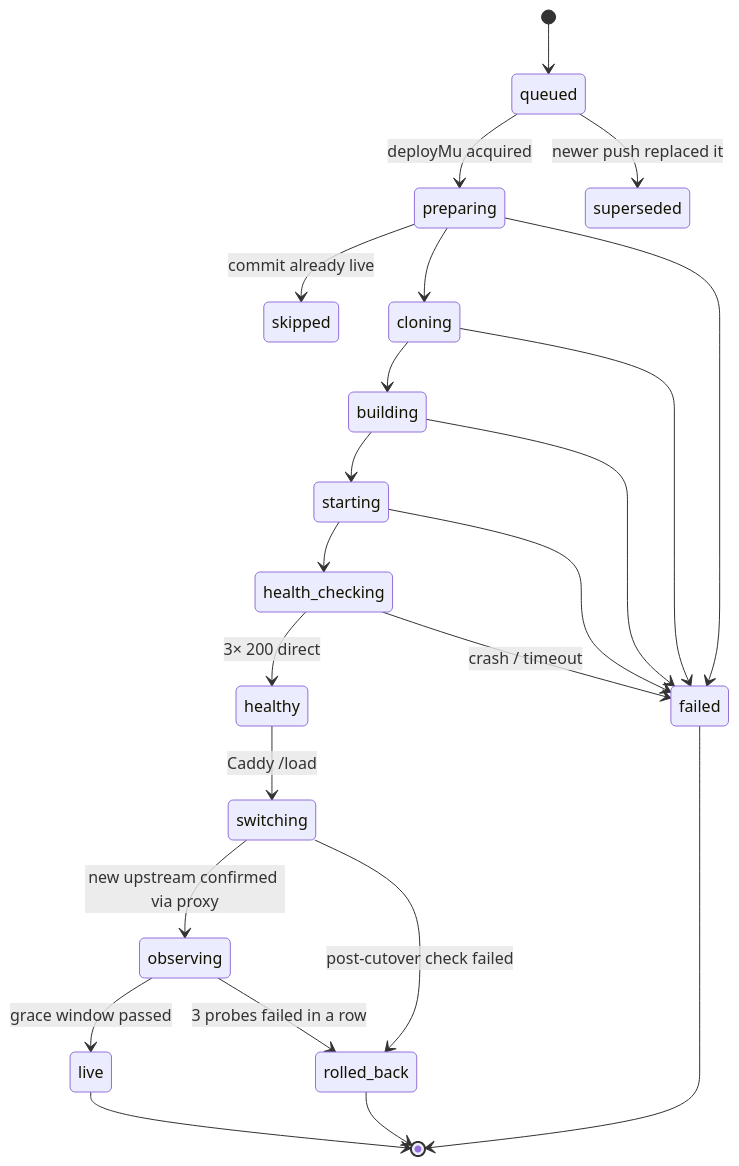
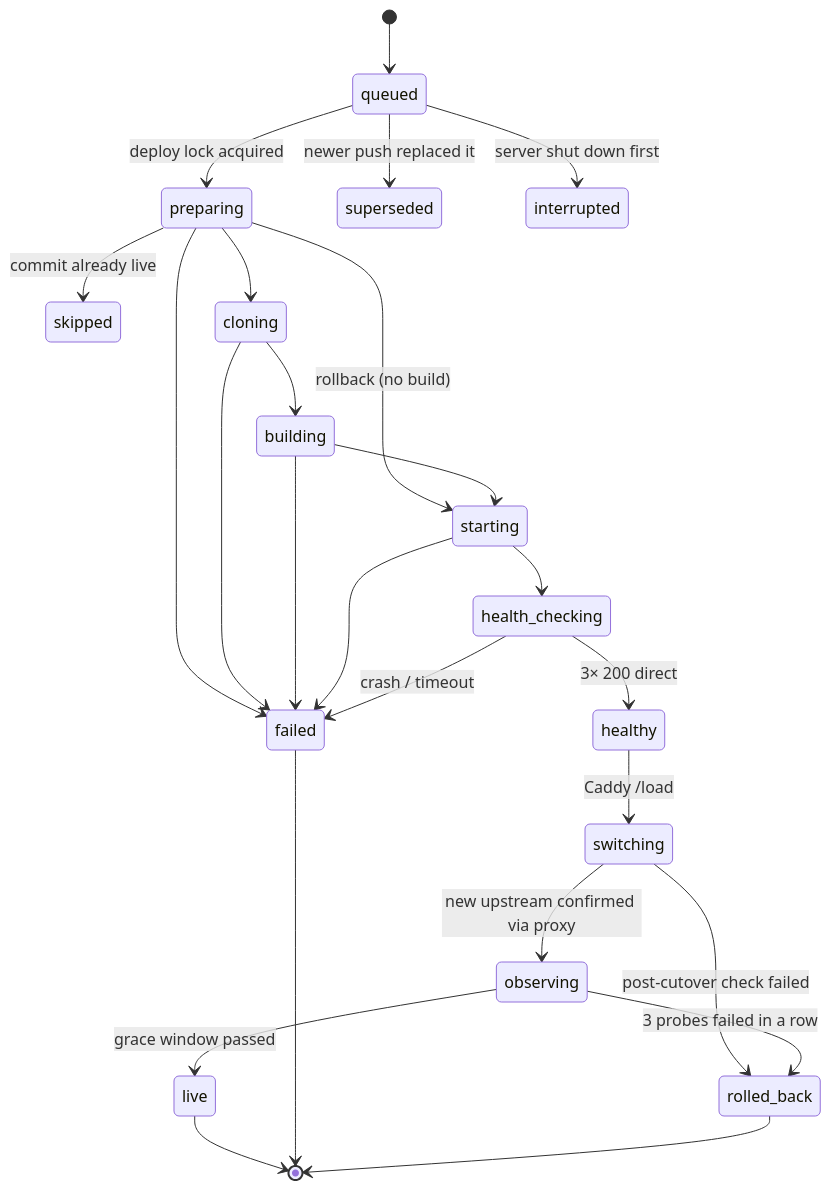
The fourth of 5 diagrams in README.md (mildlybrutal/sling-orchestrator), drawn with Mermaid before and after one commit. The commit also changed other lines of this file and 13 other files, not shown here.

Commit message:
Persistent deploy history (SQLite), sling history, interrupted-deploy detection

````diff
--- a/README.md
+++ b/README.md
@@ -198,26 +198,28 @@
 ```mermaid
 stateDiagram-v2
     [*] --> queued
-    queued --> preparing: deployMu acquired
+    queued --> preparing: deploy lock acquired
     queued --> superseded: newer push replaced it
+    queued --> interrupted: server shut down first
     preparing --> skipped: commit already live
     preparing --> cloning
+    preparing --> starting: rollback (no build)
     cloning --> building
     building --> starting
     starting --> health_checking
     health_checking --> healthy: 3× 200 direct
     healthy --> switching: Caddy /load
     switching --> observing: new upstream confirmed via proxy
     observing --> live: grace window passed
     live --> [*]
 
     preparing --> failed
     cloning --> failed
     building --> failed
     starting --> failed
     health_checking --> failed: crash / timeout
     switching --> rolled_back: post-cutover check failed
     observing --> rolled_back: 3 probes failed in a row
     failed --> [*]
     rolled_back --> [*]
 ```
````
